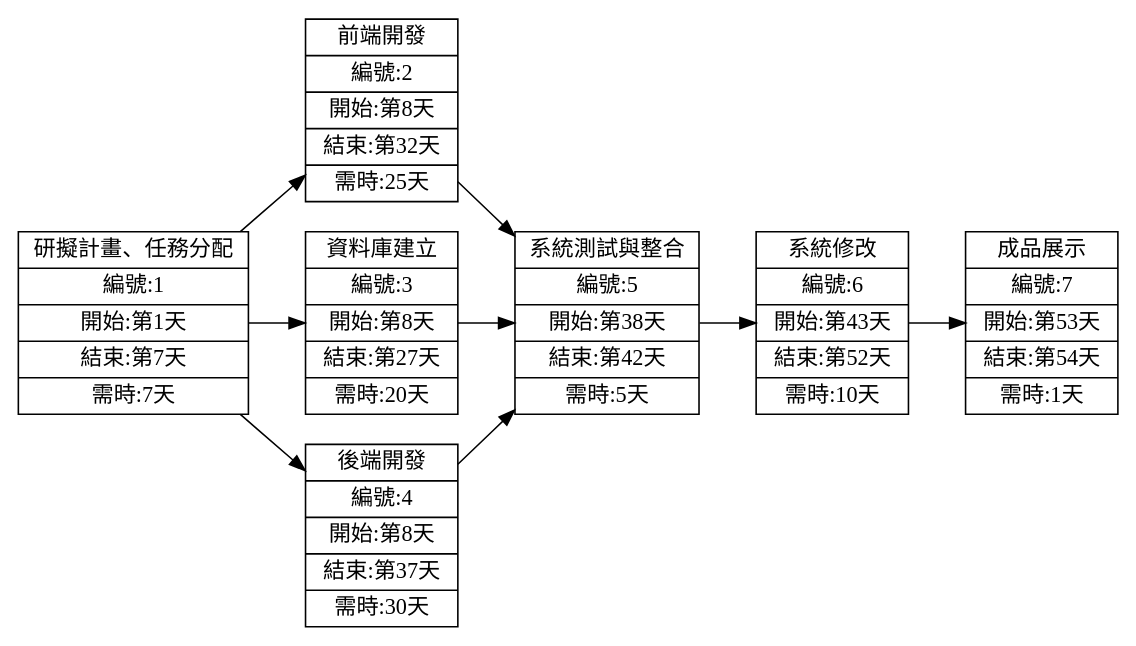
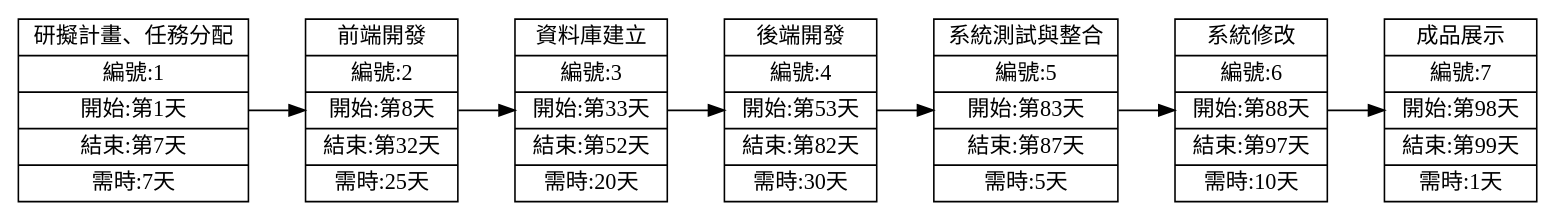
The second of 2 diagrams in README.md (khzrg0709/group-4), drawn with Graphviz before and after one commit. The commit also changed other lines of this file, not shown here.

````diff
--- a/README.md
+++ b/README.md
@@ -52,21 +52,19 @@
 ```graphviz
 digraph {
 	node[shape=record];
 	rankdir="LR";
-    no1 [label = "研擬計畫、任務分配 | 編號:1 | 開始:第1天 | 結束:第7天 | 需時:7天"]       
-    no2 [label = "前端開發 | 編號:2 | 開始:第8天 | 結束:第32天 | 需時:25天"]      
-    no3 [label = "資料庫建立 | 編號:3 | 開始:第8天 | 結束:第27天 | 需時:20天"]       
-    no4 [label = "後端開發 | 編號:4 | 開始:第8天 | 結束:第37天 | 需時:30天"]
+    no1 [label = "研擬計畫、任務分配 | 編號:1 | 開始:第1天 | 結束:第7天 | 需時:7天"]      
+    no2 [label = "前端開發 | 編號:2 | 開始:第8天 | 結束:第32天 | 需時:25天"]
       no1->no2
-      no1->no3
-      no1->no4
-    no5 [label = "系統測試與整合 | 編號:5 | 開始:第38天 | 結束:第42天 | 需時:5天"]
-      no2->no5
-      no3->no5
+    no3 [label = "資料庫建立 | 編號:3 | 開始:第33天 | 結束:第52天 | 需時:20天"]        
+      no2->no3
+    no4 [label = "後端開發 | 編號:4 | 開始:第53天 | 結束:第82天 | 需時:30天"]
+      no3->no4
+    no5 [label = "系統測試與整合 | 編號:5 | 開始:第83天 | 結束:第87天 | 需時:5天"]
       no4->no5
-    no6 [label = "系統修改 | 編號:6 | 開始:第43天 | 結束:第52天 | 需時:10天"]
+    no6 [label = "系統修改 | 編號:6 | 開始:第88天 | 結束:第97天 | 需時:10天"]
       no5->no6
-    no7 [label = "成品展示 | 編號:7 | 開始:第53天 | 結束:第54天 | 需時:1天"]
+    no7 [label = "成品展示 | 編號:7 | 開始:第98天 | 結束:第99天 | 需時:1天"]
       no6->no7
 }
 ```
````
